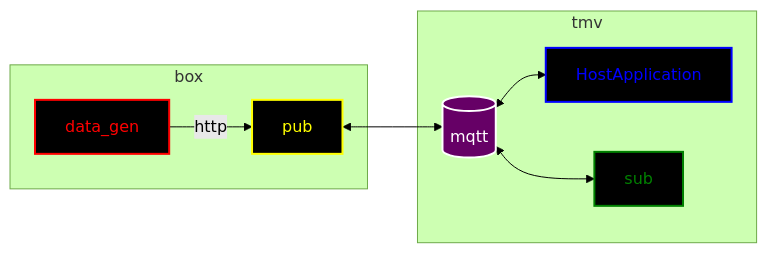
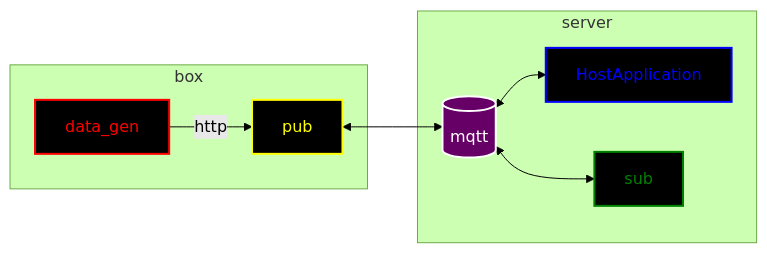
Before and after one commit to DJTakushi/spbd: the second of 2 diagrams in README.md, drawn with Mermaid (forest theme).

Commit message:
server, not tmv

````diff
--- a/README.md
+++ b/README.md
@@ -25,18 +25,18 @@
 ```mermaid
 flowchart LR
   subgraph box
     data_gen --http--> pub
     style data_gen fill:black,stroke:red,stroke-width:2px,color:red
     style pub fill:black,stroke:yellow,stroke-width:2px,color:yellow
   end
 
-  subgraph tmv
+  subgraph server
     mqtt <--> HostApplication
     pub  <--> mqtt[(mqtt)] <--> sub
 
     style mqtt fill:#660066,stroke:#fff,stroke-width:2px,color:#fff
     style sub fill:black,stroke:green,stroke-width:2px,color:green
 
     style HostApplication fill:black,stroke:blue,stroke-width:2px,color:blue
   end
 ```
````
